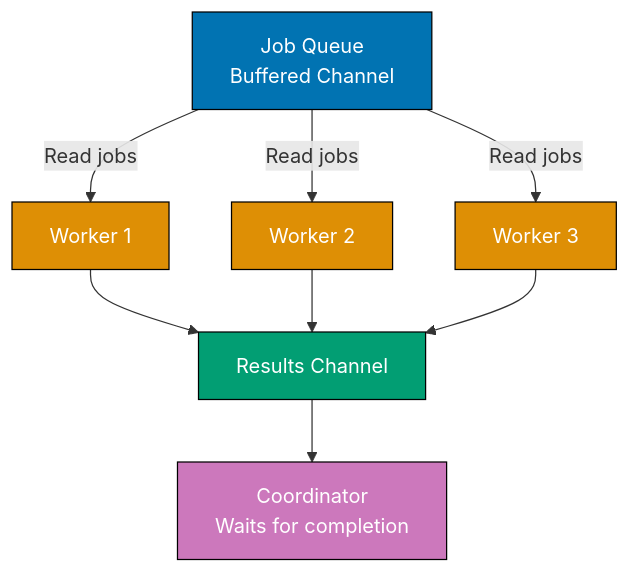
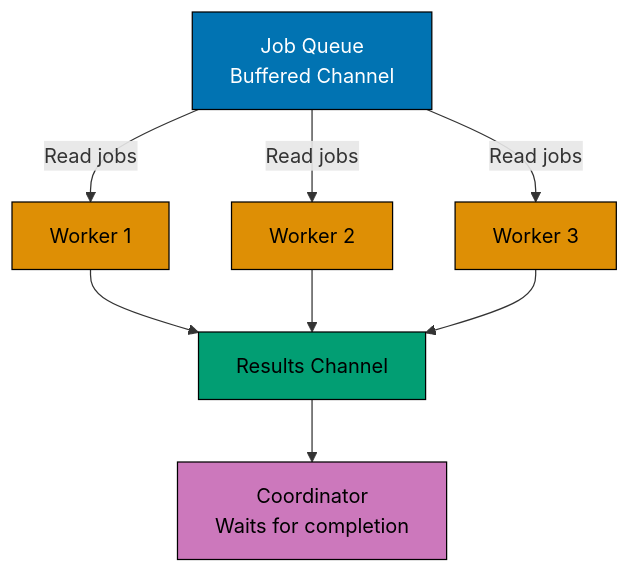
Before and after one commit to wahidyankf/ose-public: diagram 11 of 12 in apps/ayokoding-www/content/en/learn/legacy/software-engineering/programming-languages/golang/by-example/intermediate.md, drawn with Mermaid. The commit also changed other lines of this file and 112 other files, not shown here.

First line of the commit message:
fix(mermaid): bring the legacy programming-languages diagrams onto the accessible palette

````diff
--- a/apps/ayokoding-www/content/en/learn/legacy/software-engineering/programming-languages/golang/by-example/intermediate.md
+++ b/apps/ayokoding-www/content/en/learn/legacy/software-engineering/programming-languages/golang/by-example/intermediate.md
@@ -3608,25 +3674,32 @@
 ```mermaid
 %% Color Palette: Blue #0173B2, Orange #DE8F05, Teal #029E73, Purple #CC78BC, Brown #CA9161
 graph TD
+    accTitle: Example 57: Worker Pool with Graceful Shutdown
+    accDescr: Graph with 6 nodes and 7 connections. Nodes: Job Queue Buffered Channel, Worker 1, Worker 2, Worker 3, Results Channel, Coordinator Waits for completion. Connections: Job Queue Buffered Channel to Worker 1 (Read jobs), Job Queue Buffered Channel to Worker 2 (Read jobs), Job Queue Buffered Channel to Worker 3 (Read jobs), Worker 1 to Results Channel, Worker 2 to Results Channel, Worker 3 to Results Channel, Results Channel to Coordinator Waits for completion.
     A["Job Queue<br/>Buffered Channel"]
     B["Worker 1"]
     C["Worker 2"]
     D["Worker 3"]
     E["Results Channel"]
     F["Coordinator<br/>Waits for completion"]
 
     A -->|"Read jobs"| B
     A -->|"Read jobs"| C
     A -->|"Read jobs"| D
     B --> E
     C --> E
     D --> E
     E --> F
 
-    style A fill:#0173B2,stroke:#000,color:#fff
-    style B fill:#DE8F05,stroke:#000,color:#fff
-    style C fill:#DE8F05,stroke:#000,color:#fff
-    style D fill:#DE8F05,stroke:#000,color:#fff
-    style E fill:#029E73,stroke:#000,color:#fff
-    style F fill:#CC78BC,stroke:#000,color:#fff
+    classDef pal-0173B2 fill:#0173B2,stroke:#000000,color:#FFFFFF
+    class A pal-0173B2
+    classDef pal-DE8F05 fill:#DE8F05,stroke:#000000,color:#000000
+    class B pal-DE8F05
+    class C pal-DE8F05
+    class D pal-DE8F05
+    classDef pal-029E73 fill:#029E73,stroke:#000000,color:#000000
+    class E pal-029E73
+    classDef pal-CC78BC fill:#CC78BC,stroke:#000000,color:#000000
+    class F pal-CC78BC
+    classDef default fill:#FFFFFF,stroke:#000000,color:#000000
 ```
````
